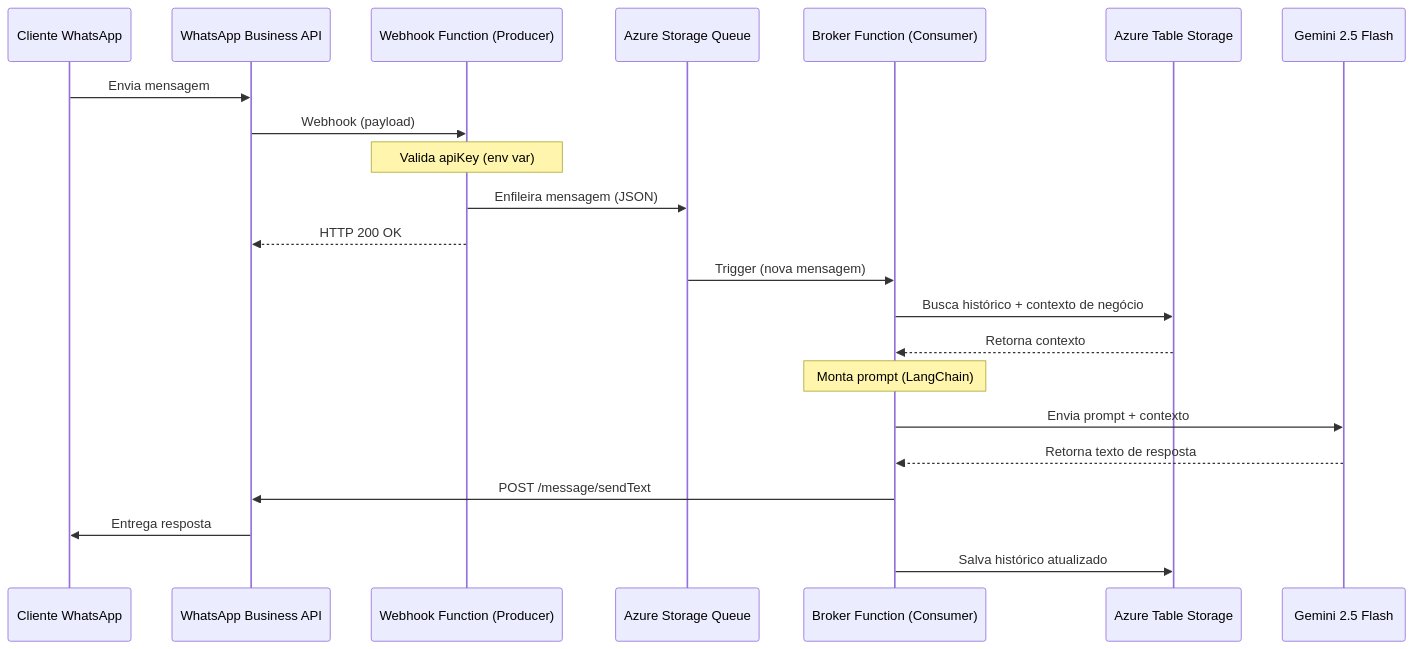
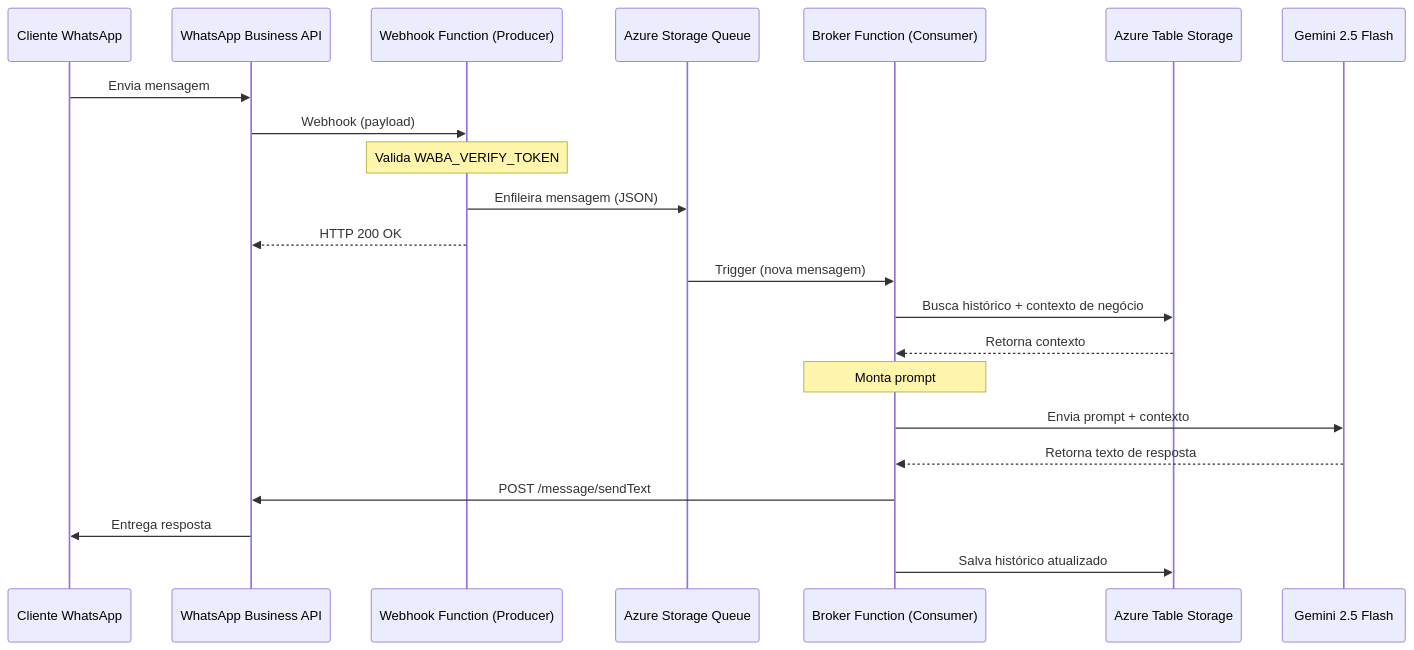
One commit to andre-r-magalhaes/anddo-assist-public changed the diagram in README.pt-br.md. Above: the diagram before and after it, drawn with Mermaid. The commit also changed other lines of this file and 2 other files, not shown here.

Commit message:
Add pytest coverage for WABA payload conversion

````diff
--- a/README.pt-br.md
+++ b/README.pt-br.md
@@ -13,25 +13,25 @@
 ```mermaid
 sequenceDiagram
     participant U as Cliente WhatsApp
     participant WA as WhatsApp Business API
     participant WH as Webhook Function (Producer)
     participant Q as Azure Storage Queue
     participant BR as Broker Function (Consumer)
     participant DB as Azure Table Storage
     participant AI as Gemini 2.5 Flash
 
     U->>WA: Envia mensagem
     WA->>WH: Webhook (payload)
-    Note over WH: Valida apiKey (env var)
+    Note over WH: Valida WABA_VERIFY_TOKEN
     WH->>Q: Enfileira mensagem (JSON)
     WH-->>WA: HTTP 200 OK
     Q->>BR: Trigger (nova mensagem)
     BR->>DB: Busca histórico + contexto de negócio
     DB-->>BR: Retorna contexto
-    Note over BR: Monta prompt (LangChain)
+    Note over BR: Monta prompt
     BR->>AI: Envia prompt + contexto
     AI-->>BR: Retorna texto de resposta
     BR->>WA: POST /message/sendText
     WA->>U: Entrega resposta
     BR->>DB: Salva histórico atualizado
 ```
````
